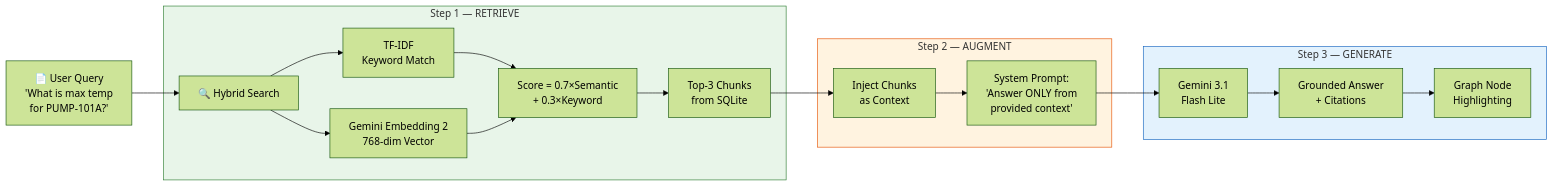
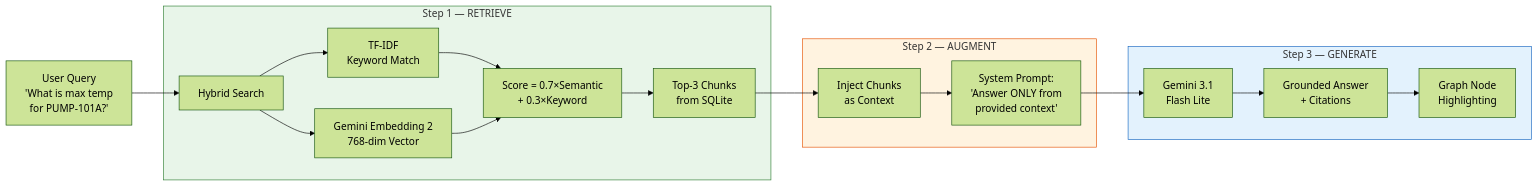
Before and after one commit to apurvafx/GITWOLVES-ET-GEN-AI: the second of 3 diagrams in README.md, drawn with Mermaid (forest theme). The commit also changed other lines of this file, not shown here.

````diff
--- a/README.md
+++ b/README.md
@@ -299,27 +299,27 @@
 ```mermaid
 flowchart LR
-    A["📄 User Query<br/>'What is max temp<br/>for PUMP-101A?'"] --> B["🔍 Hybrid Search"]
+    A["User Query<br/>'What is max temp<br/>for PUMP-101A?'"] --> B["Hybrid Search"]
     
     subgraph RETRIEVE["Step 1 — RETRIEVE"]
         B --> C["TF-IDF<br/>Keyword Match"]
         B --> D["Gemini Embedding 2<br/>768-dim Vector"]
         C --> E["Score = 0.7×Semantic<br/>+ 0.3×Keyword"]
         D --> E
         E --> F["Top-3 Chunks<br/>from SQLite"]
     end
     
     subgraph AUGMENT["Step 2 — AUGMENT"]
         F --> G["Inject Chunks<br/>as Context"]
         G --> H["System Prompt:<br/>'Answer ONLY from<br/>provided context'"]
     end
     
     subgraph GENERATE["Step 3 — GENERATE"]
         H --> I["Gemini 3.1<br/>Flash Lite"]
         I --> J["Grounded Answer<br/>+ Citations"]
         J --> K["Graph Node<br/>Highlighting"]
     end
     
     style RETRIEVE fill:#e8f5e9,stroke:#2e7d32
     style AUGMENT fill:#fff3e0,stroke:#e65100
     style GENERATE fill:#e3f2fd,stroke:#1565c0
 ```
````
